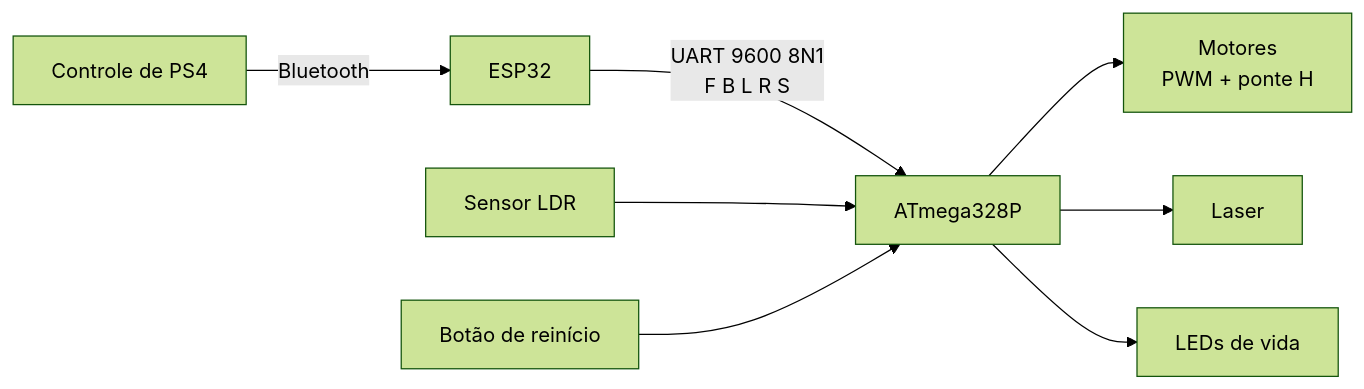
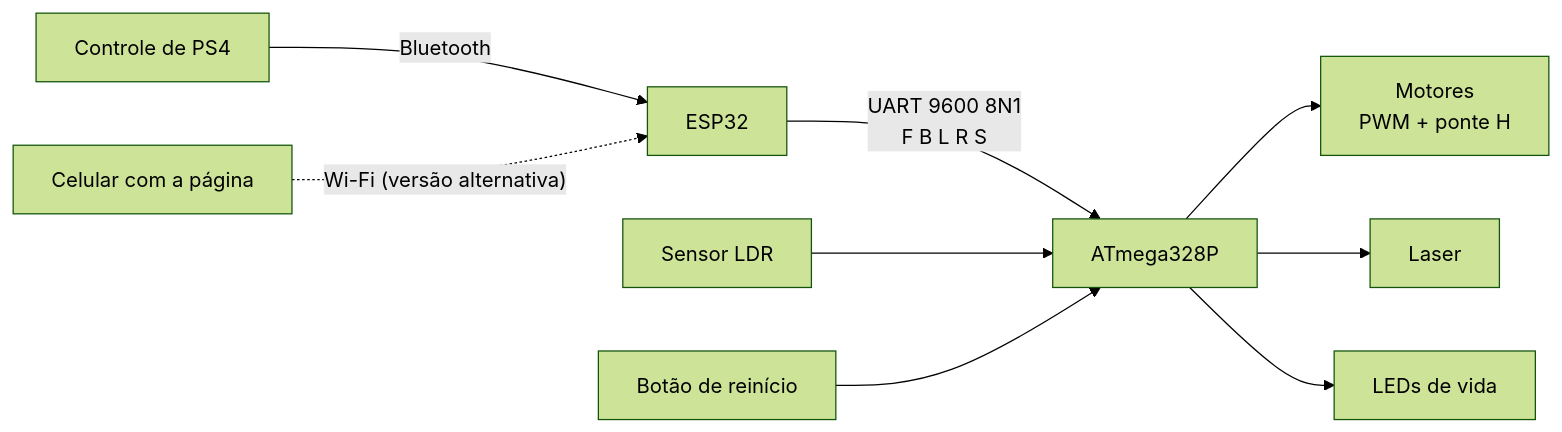
Before and after one commit to feehotero/Projeto_GigantesMDF: the first of 2 diagrams in README.md, drawn with Mermaid (forest theme). The commit also changed other lines of this file and 2 other files, not shown here.

First line of the commit message:
Adiciona versão do ESP32 com site Wi-Fi

````diff
--- a/README.md
+++ b/README.md
@@ -24,10 +26,11 @@
 ```mermaid
 flowchart LR
     C[Controle de PS4] -- Bluetooth --> E[ESP32]
+    P[Celular com a página] -. "Wi-Fi (versão alternativa)" .-> E
     E -- "UART 9600 8N1<br/>F B L R S" --> A[ATmega328P]
     A --> M[Motores<br/>PWM + ponte H]
     A --> L[Laser]
     LDR[Sensor LDR] --> A
     A --> V[LEDs de vida]
     B[Botão de reinício] --> A
 ```
````
